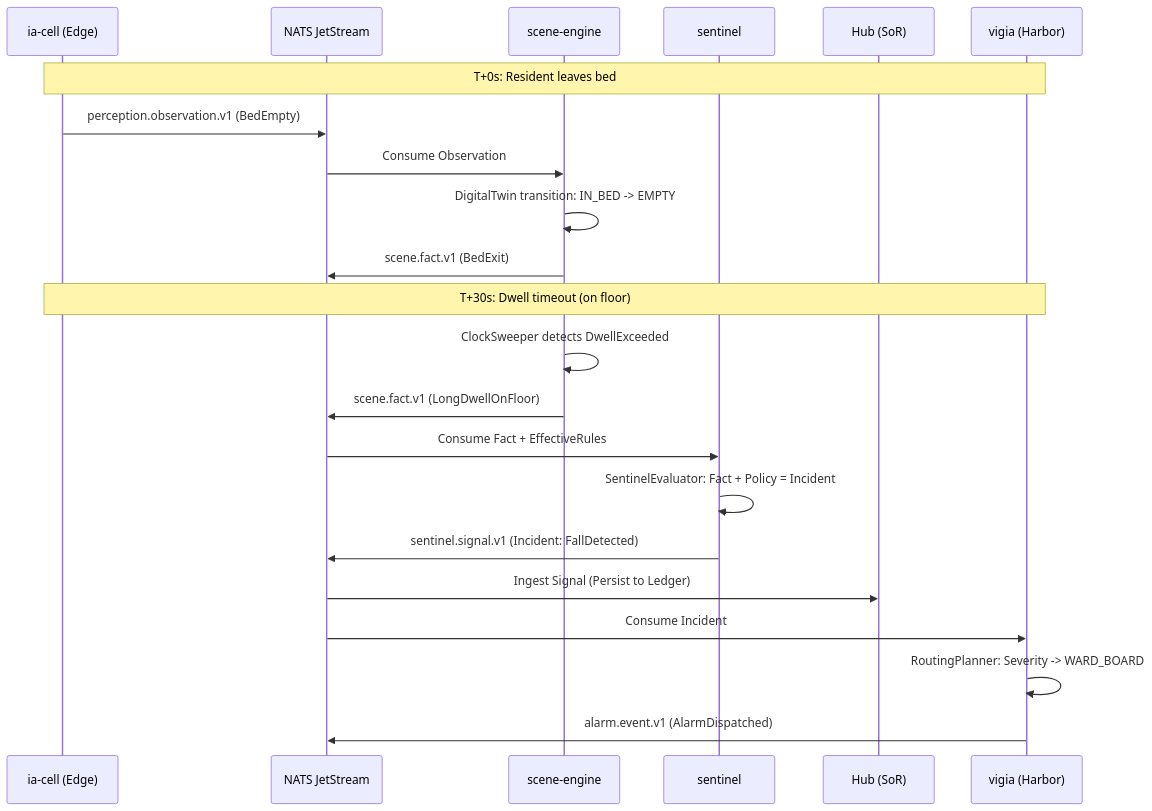
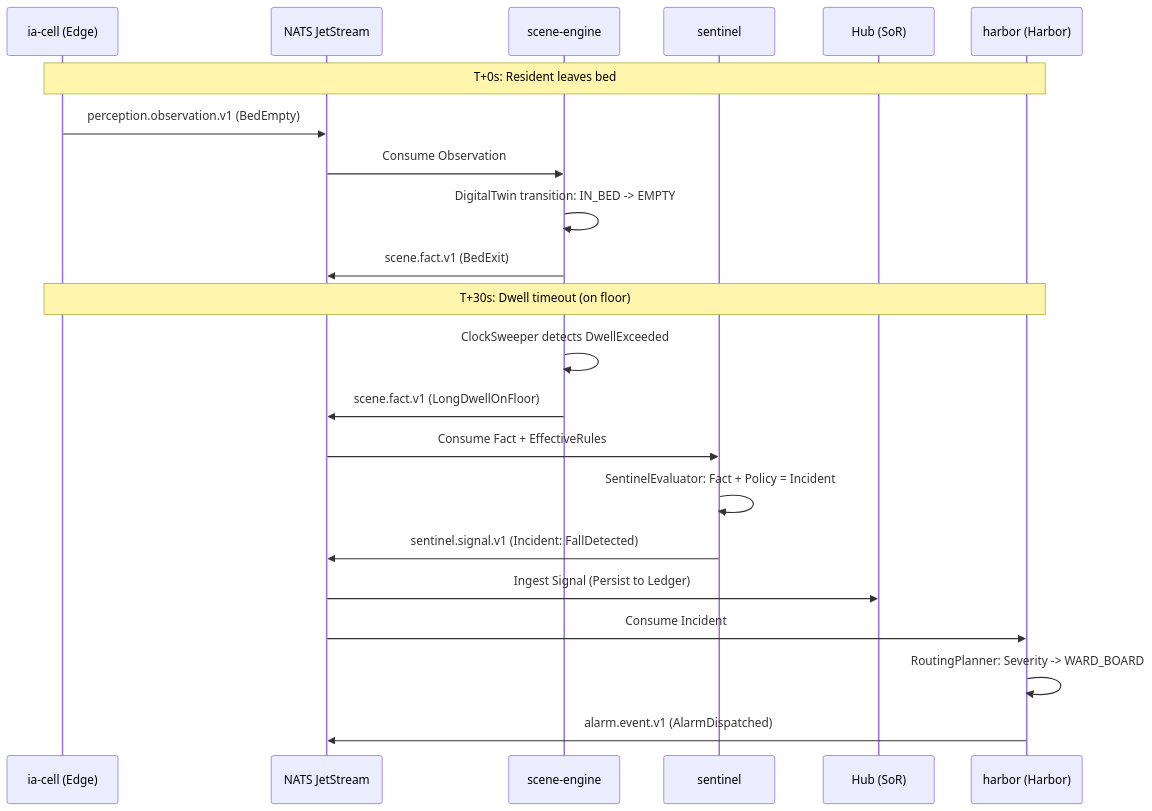
The second of 2 diagrams in docs/wiki/1.1-system-architecture-and-data-flow.md (e7canasta/mana-hive), drawn with Mermaid before and after one commit. The commit also changed other lines of this file and 47 other files, not shown here.

````diff
--- a/docs/wiki/1.1-system-architecture-and-data-flow.md
+++ b/docs/wiki/1.1-system-architecture-and-data-flow.md
@@ -117,31 +117,31 @@
 ```mermaid
 sequenceDiagram
 
     participant IA as ia-cell (Edge)
     participant NATS as NATS JetStream
     participant SCENE as scene-engine
     participant SENTINEL as sentinel
     participant HUB as Hub (SoR)
-    participant VIGIA as vigia (Harbor)
+    participant HARBOR as harbor (Harbor)
 
-    Note over IA,VIGIA: T+0s: Resident leaves bed
+    Note over IA,HARBOR: T+0s: Resident leaves bed
 
     IA->>NATS: perception.observation.v1 (BedEmpty)
     NATS->>SCENE: Consume Observation
     SCENE->>SCENE: DigitalTwin transition: IN_BED -> EMPTY
     SCENE->>NATS: scene.fact.v1 (BedExit)
 
-    Note over IA,VIGIA: T+30s: Dwell timeout (on floor)
+    Note over IA,HARBOR: T+30s: Dwell timeout (on floor)
 
     SCENE->>SCENE: ClockSweeper detects DwellExceeded
     SCENE->>NATS: scene.fact.v1 (LongDwellOnFloor)
     NATS->>SENTINEL: Consume Fact + EffectiveRules
     SENTINEL->>SENTINEL: SentinelEvaluator: Fact + Policy = Incident
     SENTINEL->>NATS: sentinel.signal.v1 (Incident: FallDetected)
 
     NATS->>HUB: Ingest Signal (Persist to Ledger)
-    NATS->>VIGIA: Consume Incident
-    VIGIA->>VIGIA: RoutingPlanner: Severity -> WARD_BOARD
-    VIGIA->>NATS: alarm.event.v1 (AlarmDispatched)
+    NATS->>HARBOR: Consume Incident
+    HARBOR->>HARBOR: RoutingPlanner: Severity -> WARD_BOARD
+    HARBOR->>NATS: alarm.event.v1 (AlarmDispatched)
 
 ```
````
